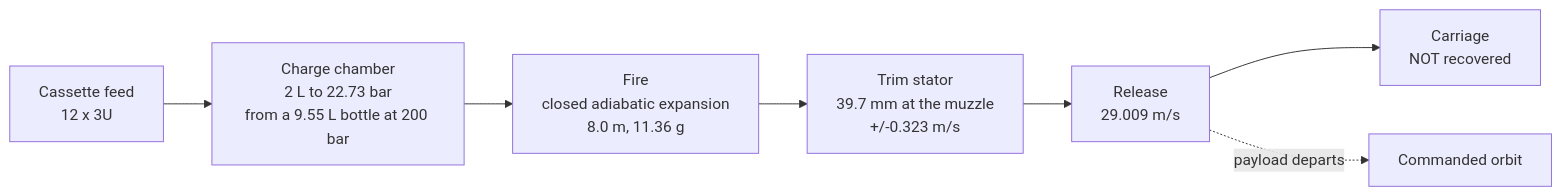
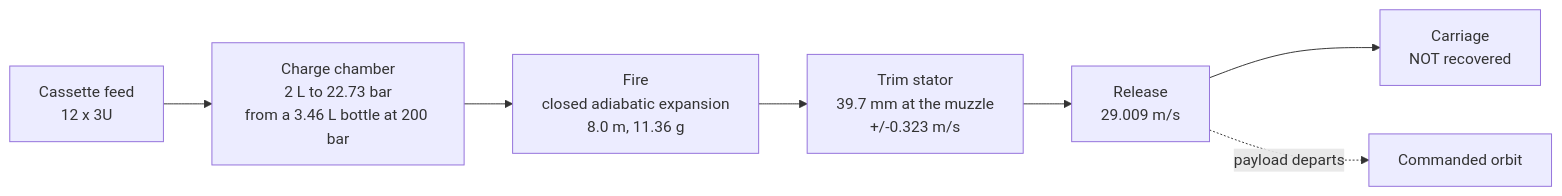
Before and after one commit to aaaaaaaaaaaavm/VOLLEY: the second of 6 diagrams in README.md, drawn with Mermaid. The commit also changed other lines of this file and 17 other files, not shown here.

````diff
--- a/README.md
+++ b/README.md
@@ -152,9 +152,9 @@
 ```mermaid
 flowchart LR
-    A["Cassette feed<br/>12 x 3U"] --> B["Charge chamber<br/>2 L to 22.73 bar<br/>from a 9.55 L bottle at 200 bar"]
+    A["Cassette feed<br/>12 x 3U"] --> B["Charge chamber<br/>2 L to 22.73 bar<br/>from a 3.46 L bottle at 200 bar"]
     B --> C["Fire<br/>closed adiabatic expansion<br/>8.0 m, 11.36 g"]
     C --> D["Trim stator<br/>39.7 mm at the muzzle<br/>+/-0.323 m/s"]
     D --> E["Release<br/>29.009 m/s"]
     E --> F["Carriage<br/>NOT recovered"]
     E -.->|"payload departs"| G["Commanded orbit"]
 ```
````
